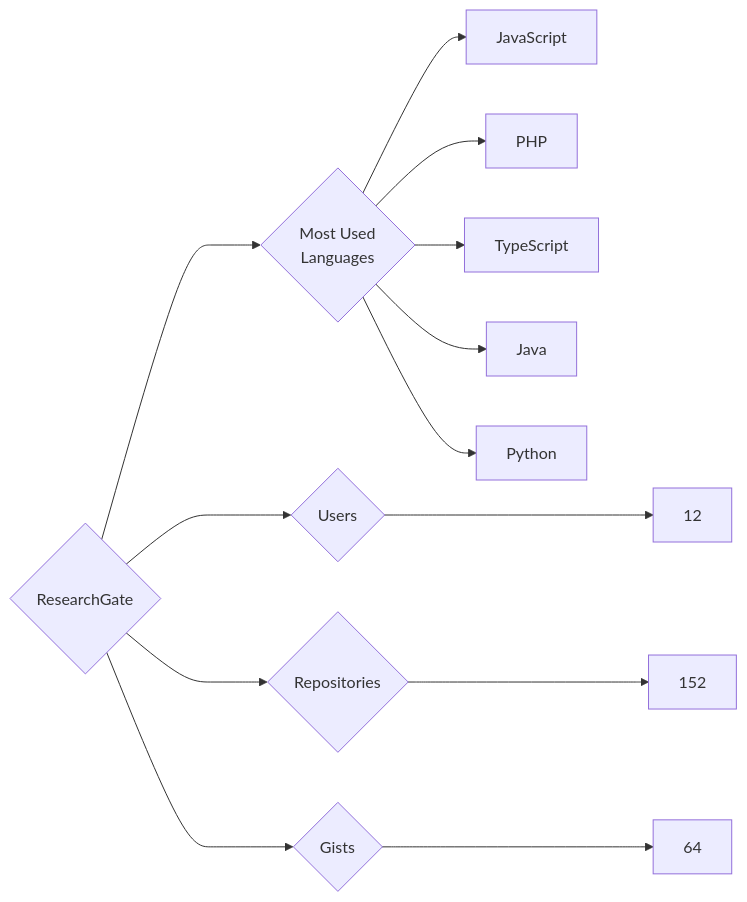
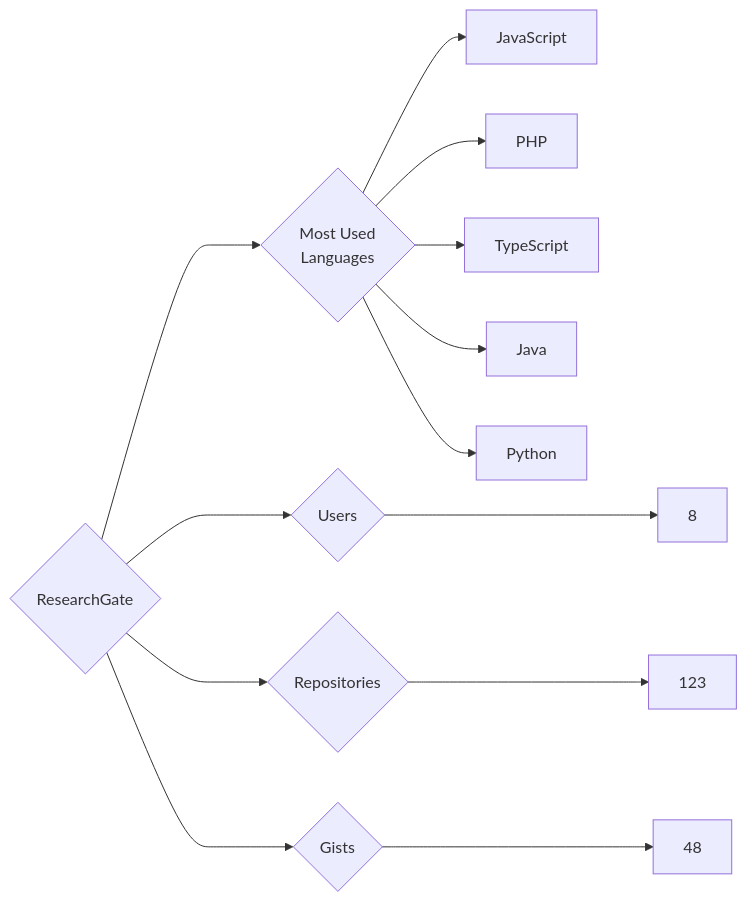
One commit to trickest/insiders changed the diagram in targets/ResearchGate/README.md. Above: the diagram before and after it, drawn with Mermaid. The commit also changed 765 other files, not shown here.

````diff
--- a/targets/ResearchGate/README.md
+++ b/targets/ResearchGate/README.md
@@ -3,13 +3,13 @@
 ```mermaid
 graph LR
 COMPANY_NAME{ResearchGate}
-COMPANY_NAME ---> U{Users} ---> UN[12]
-COMPANY_NAME ---> R{Repositories} ---> RN[152]
-COMPANY_NAME ---> G{Gists} ---> GN[64]
+COMPANY_NAME ---> U{Users} ---> UN[8]
+COMPANY_NAME ---> R{Repositories} ---> RN[123]
+COMPANY_NAME ---> G{Gists} ---> GN[48]
 COMPANY_NAME ---> ML{Most Used<br>Languages}
 ML --> JavaScript[JavaScript]
 ML --> PHP[PHP]
 ML --> TypeScript[TypeScript]
 ML --> Java[Java]
 ML --> Python[Python]
 ```
````
